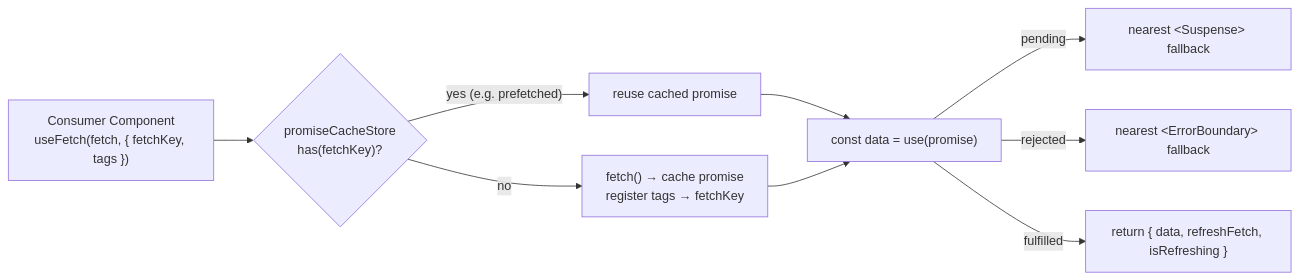
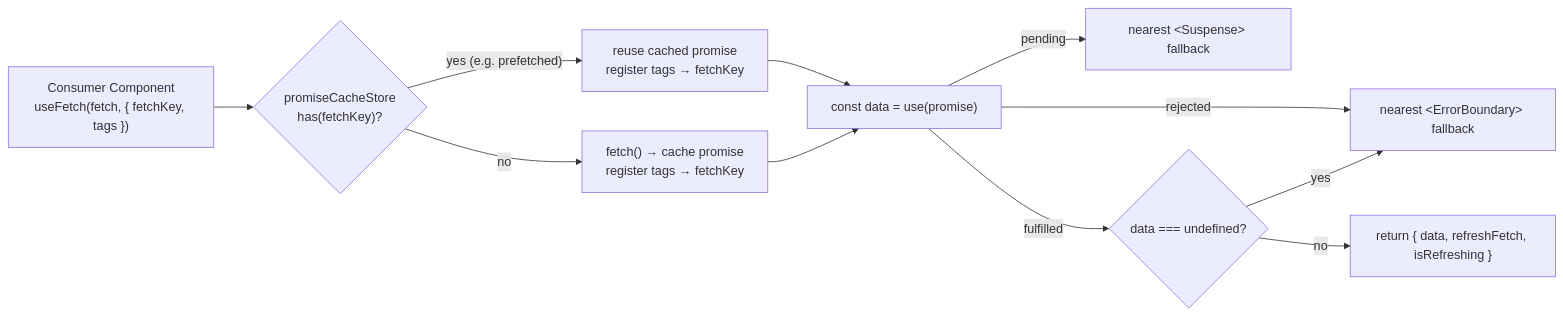
The first of 4 diagrams in docs/architecture/USE-FETCH-FLOW.md (chuhaiphu/fetchwire), drawn with Mermaid before and after one commit. The commit also changed other lines of this file and 14 other files, not shown here.

````diff
--- a/docs/architecture/USE-FETCH-FLOW.md
+++ b/docs/architecture/USE-FETCH-FLOW.md
@@ -15,11 +16,13 @@
 ```mermaid
 flowchart LR
     Cmp["Consumer Component<br/>useFetch(fetch, { fetchKey, tags })"] --> HIT{"promiseCacheStore<br/>has(fetchKey)?"}
-    HIT -->|"yes (e.g. prefetched)"| REUSE["reuse cached promise"]
+    HIT -->|"yes (e.g. prefetched)"| REUSE["reuse cached promise<br/>register tags → fetchKey"]
     HIT -->|"no"| NEW["fetch() → cache promise<br/>register tags → fetchKey"]
     REUSE --> USE["const data = use(promise)"]
     NEW --> USE
     USE -->|"pending"| SUS["nearest &lt;Suspense&gt; fallback"]
     USE -->|"rejected"| EB["nearest &lt;ErrorBoundary&gt; fallback"]
-    USE -->|"fulfilled"| DATA["return { data, refreshFetch, isRefreshing }"]
+    USE -->|"fulfilled"| GUARD{"data === undefined?"}
+    GUARD -->|"yes"| EB
+    GUARD -->|"no"| DATA["return { data, refreshFetch, isRefreshing }"]
 ```
````
